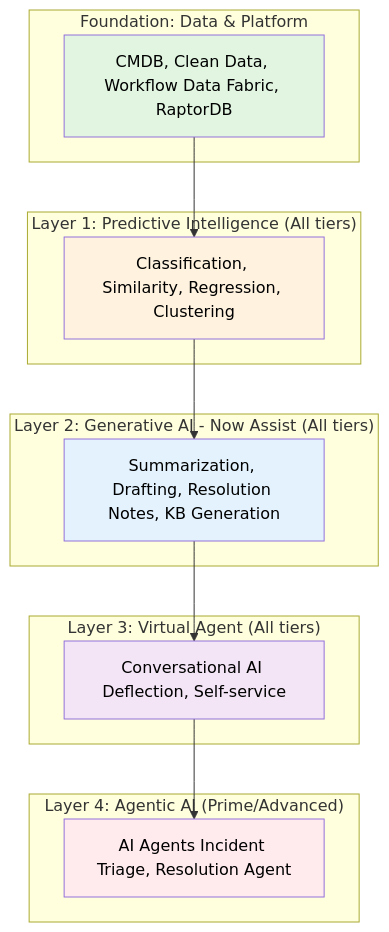
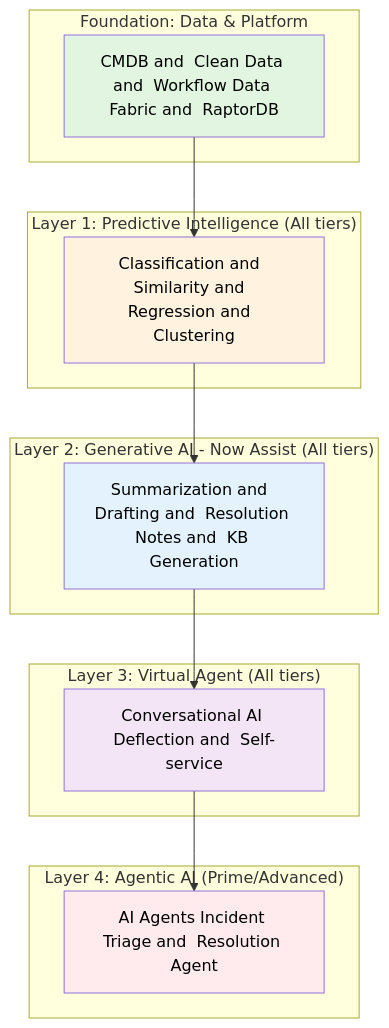
One commit to eltonaguiar/ServiceNow_Learning_TSOM-_CSM_FSM_SalesCRM_HAM_ITSM changed the first of 6 diagrams in docs/modules/ai/ai-guide.md. Above: the diagram before and after it, drawn with Mermaid. The commit also changed other lines of this file and 19 other files, not shown here.

Commit message:
Fix all Mermaid diagram special characters - replace dollar, parens, slashes, quotes, pipes, nested brackets and other unsafe chars inside brackets with safe alternatives across 19 files

````diff
--- a/docs/modules/ai/ai-guide.md
+++ b/docs/modules/ai/ai-guide.md
@@ -199,29 +199,29 @@
 ```mermaid
 graph TD
     subgraph "Layer 4: Agentic AI (Prime/Advanced)"
-        A[AI Agents Incident Triage, Resolution Agent]
+        A[AI Agents Incident Triage and  Resolution Agent]
     end
     subgraph "Layer 3: Virtual Agent (All tiers)"
-        B[Conversational AI Deflection, Self-service]
+        B[Conversational AI Deflection and  Self-service]
     end
     subgraph "Layer 2: Generative AI  -  Now Assist (All tiers)"
-        C[Summarization, Drafting, Resolution Notes, KB Generation]
+        C[Summarization and  Drafting and  Resolution Notes and  KB Generation]
     end
     subgraph "Layer 1: Predictive Intelligence (All tiers)"
-        D[Classification, Similarity, Regression, Clustering]
+        D[Classification and  Similarity and  Regression and  Clustering]
     end
     subgraph "Foundation: Data & Platform"
-        E[CMDB, Clean Data, Workflow Data Fabric, RaptorDB]
+        E[CMDB and  Clean Data and  Workflow Data Fabric and  RaptorDB]
     end
 
     E --> D
     D --> C
     C --> B
     B --> A
 
     style E fill:#e1f5e1,color:#000
     style D fill:#fff3e0,color:#000
     style C fill:#e3f2fd,color:#000
     style B fill:#f3e5f5,color:#000
     style A fill:#ffebee,color:#000
 ```
````
